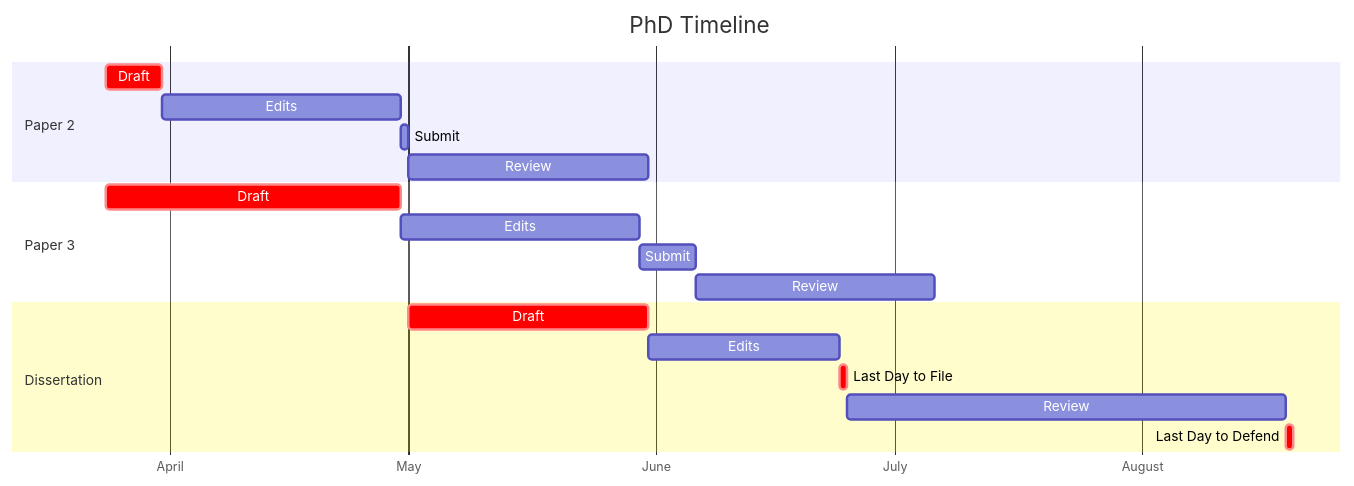
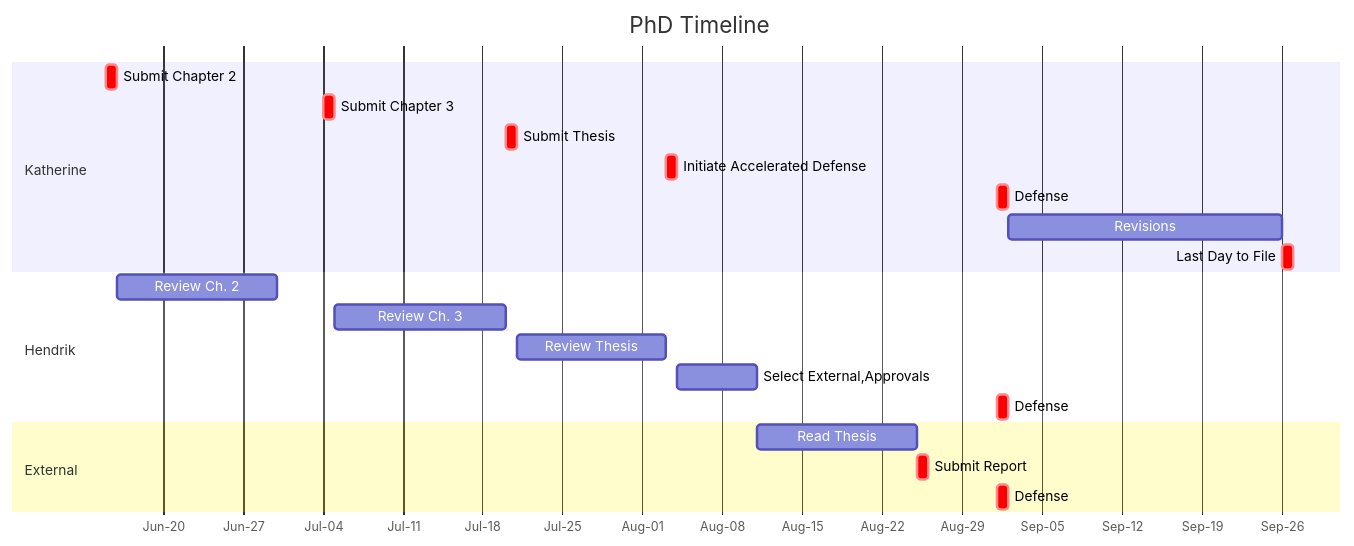
The diagram in academic/PhD Timeline.md (ktmeaton/obsidian-public), drawn with Mermaid before and after one commit. The commit also changed 8 other files, not shown here.

````diff
--- a/academic/PhD Timeline.md
+++ b/academic/PhD Timeline.md
@@ -1,25 +1,28 @@
 ```mermaid
 gantt
 	dateFormat  YYYY-MM-DD
 	title PhD Timeline
-	axisFormat %B
+	axisFormat %b-%d
 
-	section Paper 2
-	Draft  :  crit, paper2-draft,                         2021-03-24,2021-03-31
-	Edits  :        paper2-edits,   after paper2-draft,   30d
-	Submit :        paper2-submit,  after paper2-edits,   1d
-	Review :        paper2-review,  after paper2-submit,  30d
+	section Katherine
+	Submit Chapter 2               	:   crit,submit-chap2,	    2021-06-15, 2021-06-16	
+	Submit Chapter 3               	:   crit,submit-chap3,	    2021-07-04, 2021-07-05
+	Submit Thesis            		:   crit,submit-diss,	    2021-07-20, 2021-07-21	
+	Initiate Accelerated Defense	:	crit,defense-initiate,	2021-08-03, 2021-08-04
+	Defense 	           			:	crit,defense,			2021-09-01, 2021-09-02
+	Revisions 	           			:	revisions,				2021-09-02, 2021-09-26	
+	Last Day to File 	           	:	crit,revisions,			2021-09-26, 2021-09-27
 	
-	section Paper 3
-	Draft  :  crit, paper3-draft,                         2021-03-24,2021-04-30
-	Edits  :        paper3-edits,   after paper3-draft,   30d
-	Submit :        paper3-submit,  after paper3-edits,   7d
-	Review :        paper3-review,  after paper3-submit,  30d
-		
-	section Dissertation
-	Draft  				: crit,	diss-draft,     2021-05-01,2021-05-31
-	Edits				:	diss-edits,		2021-05-31, 2021-06-24
-	Last Day to File	:	crit,diss-submit,    2021-06-24,2021-06-25
-	Review 				:	diss-review,    2021-06-25,2021-08-19	
-	Last Day to Defend 	:	crit,diss-defend,    2021-08-19,2021-08-20
+	section Hendrik
+	Review Ch. 2					:	diss-chap2,	        	2021-06-16, 2021-06-30	
+	Review Ch. 3					:	diss-chap3,	        	2021-07-05, 2021-07-20
+	Review Thesis     				:   diss-review,	    	2021-07-21, 2021-08-03	
+	Select External,Approvals		:	select-ext,     		2021-08-04, 2021-08-11
+	Defense 	           			:	crit,defense,			2021-09-01, 2021-09-02	
+	
+	section External
+	Read Thesis	       				:	external-read,    		2021-08-11, 2021-08-25
+	Submit Report        			:	crit,external-report,	2021-08-25, 2021-08-26	
+	Defense 	           			:	crit,defense,			2021-09-01, 2021-09-02	
+	
 ```
````
